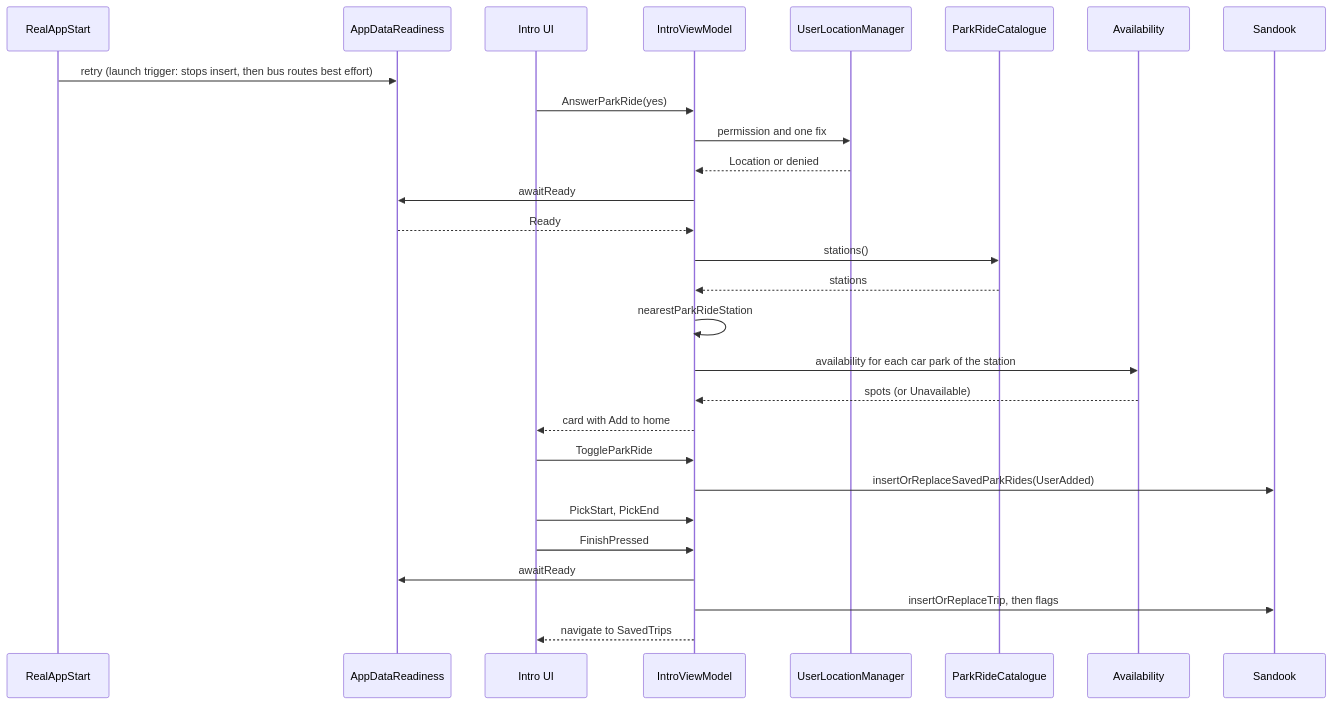
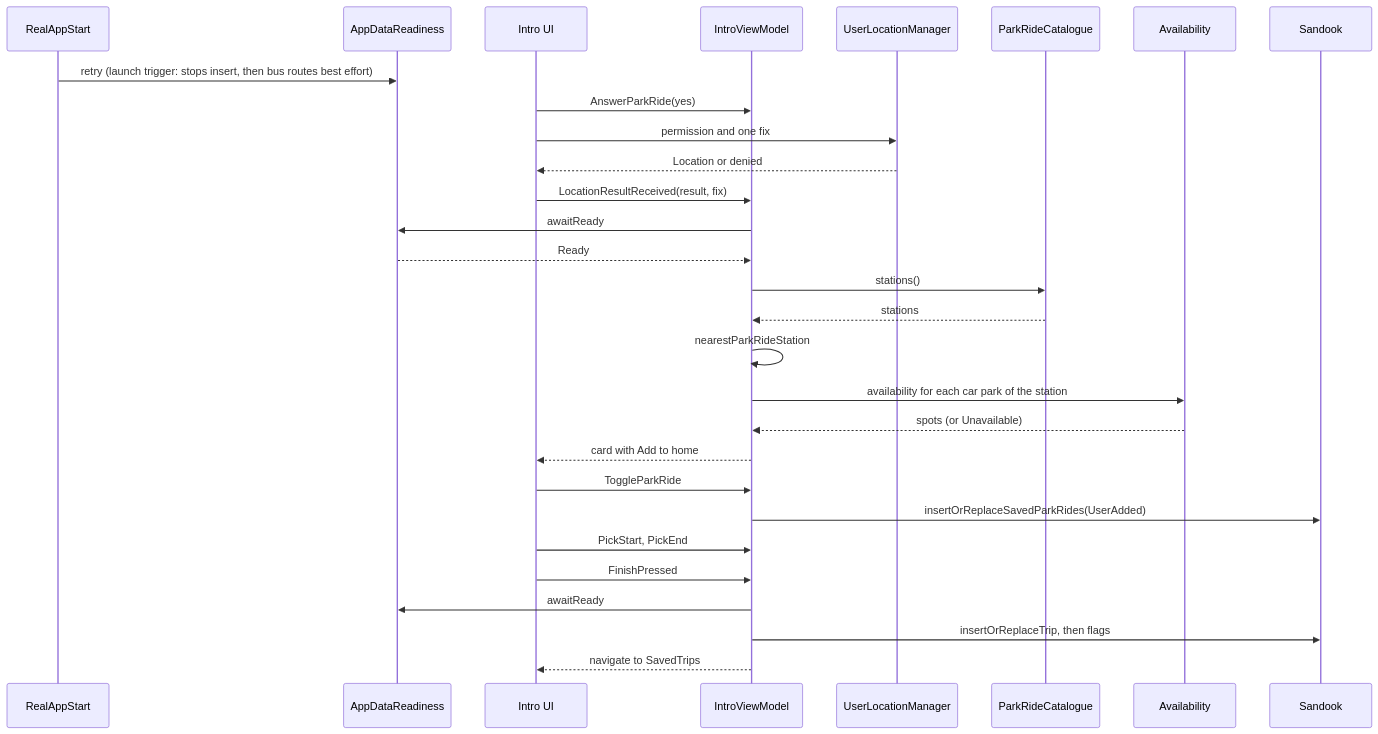
One commit to ksharma-xyz/KRAIL changed the second of 2 diagrams in docs/features/intro/ERD.md. Above: the diagram before and after it, drawn with Mermaid. The commit also changed other lines of this file and 12 other files, not shown here.

````diff
--- a/docs/features/intro/ERD.md
+++ b/docs/features/intro/ERD.md
@@ -287,30 +292,31 @@
 ```mermaid
 sequenceDiagram
     participant App as RealAppStart
     participant R as AppDataReadiness
     participant UI as Intro UI
     participant VM as IntroViewModel
     participant L as UserLocationManager
     participant C as ParkRideCatalogue
     participant A as Availability
     participant DB as Sandook
     App->>R: retry (launch trigger: stops insert, then bus routes best effort)
     UI->>VM: AnswerParkRide(yes)
-    VM->>L: permission and one fix
-    L-->>VM: Location or denied
+    UI->>L: permission and one fix
+    L-->>UI: Location or denied
+    UI->>VM: LocationResultReceived(result, fix)
     VM->>R: awaitReady
     R-->>VM: Ready
     VM->>C: stations()
     C-->>VM: stations
     VM->>VM: nearestParkRideStation
     VM->>A: availability for each car park of the station
     A-->>VM: spots (or Unavailable)
     VM-->>UI: card with Add to home
     UI->>VM: ToggleParkRide
     VM->>DB: insertOrReplaceSavedParkRides(UserAdded)
     UI->>VM: PickStart, PickEnd
     UI->>VM: FinishPressed
     VM->>R: awaitReady
     VM->>DB: insertOrReplaceTrip, then flags
     VM-->>UI: navigate to SavedTrips
 ```
````
